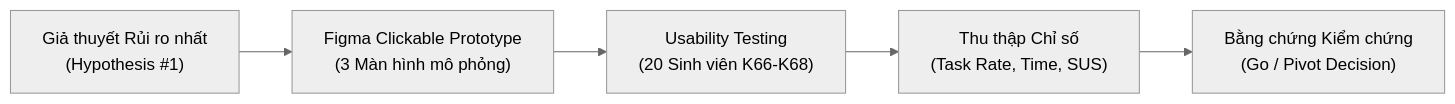
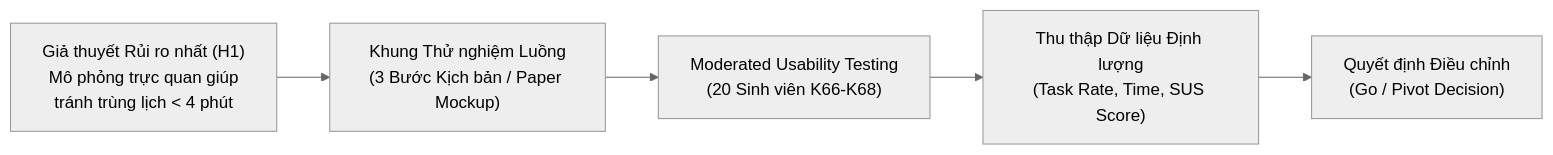
One commit to cacancap/IT3120_QuanLyDaoTao changed the third of 4 diagrams in docs/problem-discovery-and-system-request.md. Above: the diagram before and after it, drawn with Mermaid (neutral theme). The commit also changed other lines of this file and 20 other files, not shown here.

````diff
--- a/docs/problem-discovery-and-system-request.md
+++ b/docs/problem-discovery-and-system-request.md
@@ -248,7 +407,13 @@
 ```mermaid
 flowchart LR
-    A["Giả thuyết Rủi ro nhất\n(Hypothesis #1)"] --> B["Figma Clickable Prototype\n(3 Màn hình mô phỏng)"]
-    B --> C["Usability Testing\n(20 Sinh viên K66-K68)"]
-    C --> D["Thu thập Chỉ số\n(Task Rate, Time, SUS)"]
-    D --> E["Bằng chứng Kiểm chứng\n(Go / Pivot Decision)"]
+    A["Giả thuyết Rủi ro nhất (H1)
+Mô phỏng trực quan giúp
+tránh trùng lịch < 4 phút"] --> B["Khung Thử nghiệm Luồng
+(3 Bước Kịch bản / Paper Mockup)"]
+    B --> C["Moderated Usability Testing
+(20 Sinh viên K66-K68)"]
+    C --> D["Thu thập Dữ liệu Định lượng
+(Task Rate, Time, SUS Score)"]
+    D --> E["Quyết định Điều chỉnh
+(Go / Pivot Decision)"]
 ```
````
